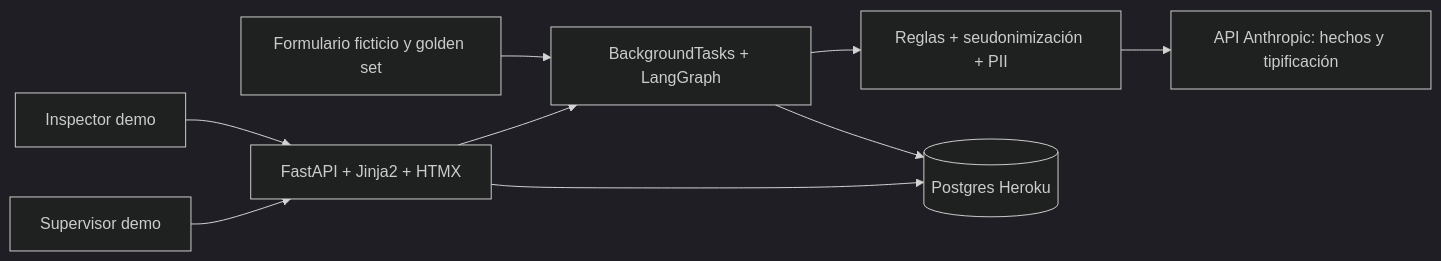
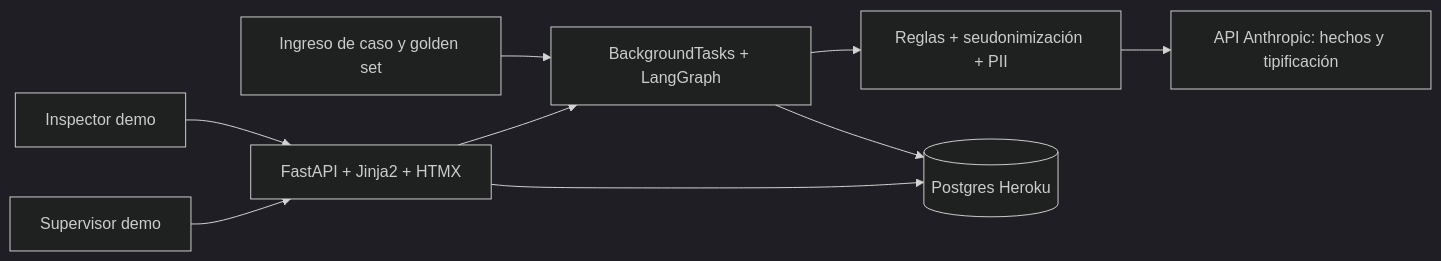
The diagram in docs/diagramas/karin-1.mmd (Sebamardones/agente-karin-triage), drawn with Mermaid (dark theme) before and after one commit. The commit also changed 19 other files, not shown here.

```diff
--- a/docs/diagramas/karin-1.mmd
+++ b/docs/diagramas/karin-1.mmd
@@ -1,9 +1,9 @@
 flowchart LR
   A[Inspector demo] --> UI[FastAPI + Jinja2 + HTMX]
   S[Supervisor demo] --> UI
-  I[Formulario ficticio y golden set] --> G[BackgroundTasks + LangGraph]
+  I[Ingreso de caso y golden set] --> G[BackgroundTasks + LangGraph]
   UI --> G
   G --> P[Reglas + seudonimización + PII]
   P --> C[API Anthropic: hechos y tipificación]
   G --> DB[(Postgres Heroku)]
   UI --> DB
```
